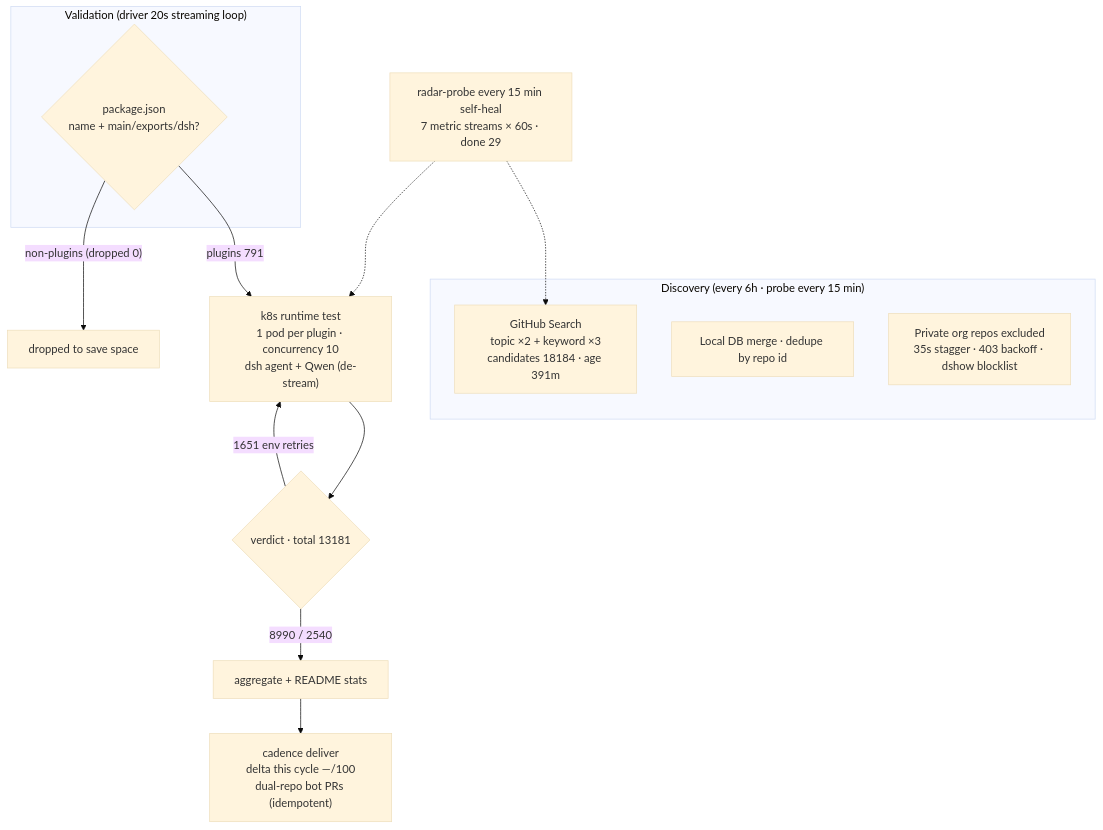
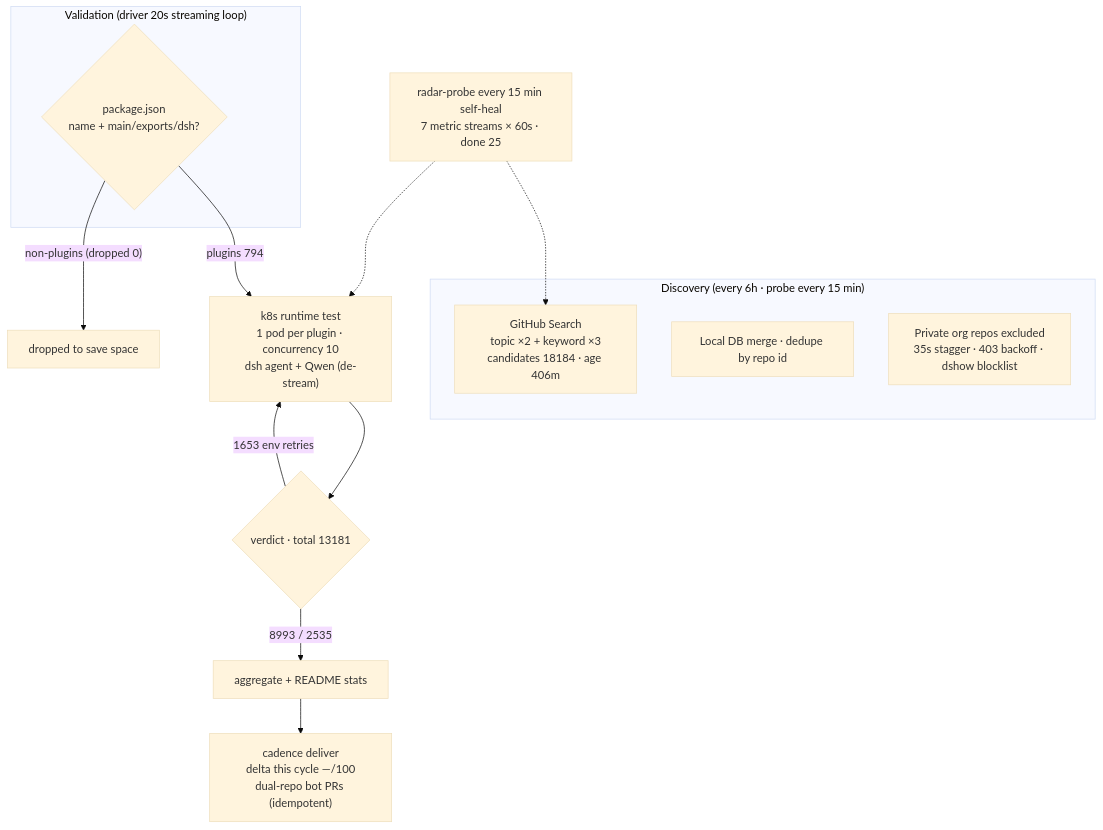
One commit to AdamPlatin123/awesome-dsh-plugins changed the diagram in README.en-US.md. Above: the diagram before and after it, drawn with Mermaid (base theme). The commit also changed other lines of this file and 5 other files, not shown here.

````diff
--- a/README.en-US.md
+++ b/README.en-US.md
@@ -45,20 +45,20 @@
 ```mermaid
 flowchart TB
     subgraph Discovery["Discovery (every 6h · probe every 15 min)"]
-        A1["GitHub Search<br/>topic ×2 + keyword ×3<br/>candidates 18184 · age 391m"]
+        A1["GitHub Search<br/>topic ×2 + keyword ×3<br/>candidates 18184 · age 406m"]
         A2["Local DB merge · dedupe by repo id"]
         A3["Private org repos excluded<br/>35s stagger · 403 backoff · dshow blocklist"]
     end
     subgraph Validation["Validation (driver 20s streaming loop)"]
         B1{"package.json<br/>name + main/exports/dsh?"}
     end
-    B1 -->|"plugins 791"| C1["k8s runtime test<br/>1 pod per plugin · concurrency 10<br/>dsh agent + Qwen (de-stream)"]
+    B1 -->|"plugins 794"| C1["k8s runtime test<br/>1 pod per plugin · concurrency 10<br/>dsh agent + Qwen (de-stream)"]
     B1 -->|"non-plugins (dropped 0)"| B3["dropped to save space"]
     C1 --> D1{"verdict · total 13181"}
-    D1 -->|"8990 / 2540"| E1["aggregate + README stats"]
-    D1 -->|"1651 env retries"| C1
+    D1 -->|"8993 / 2535"| E1["aggregate + README stats"]
+    D1 -->|"1653 env retries"| C1
     E1 --> E2["cadence deliver<br/>delta this cycle —/100<br/>dual-repo bot PRs (idempotent)"]
-    M["radar-probe every 15 min self-heal<br/>7 metric streams × 60s · done 29"]
+    M["radar-probe every 15 min self-heal<br/>7 metric streams × 60s · done 25"]
     M -.-> A1
     M -.-> C1
 ```
````
